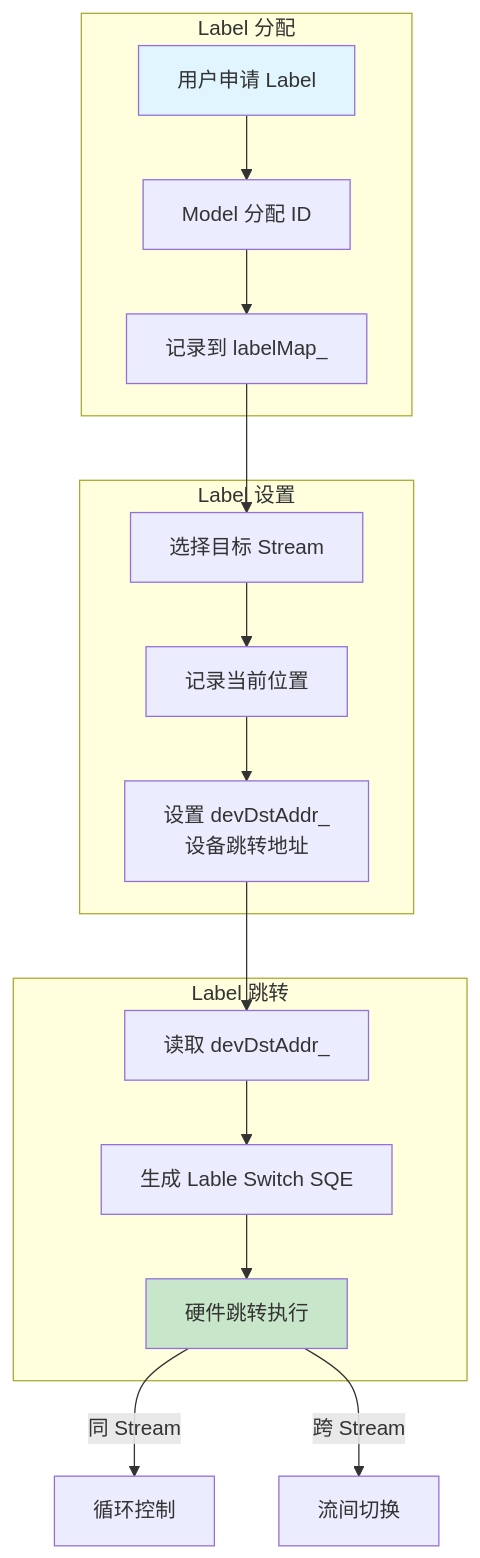
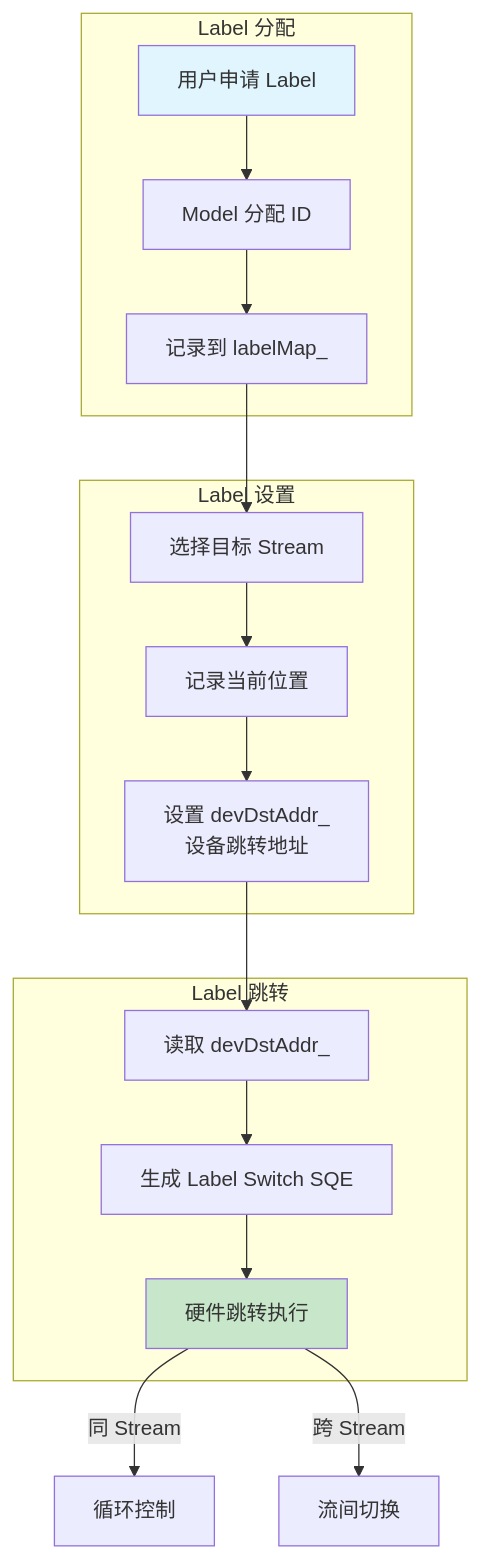
One commit to 18liumin/runtime changed diagram 20 of 21 in docs/zh/design/modules/model/model.md. Above: the diagram before and after it, drawn with Mermaid. The commit also changed 1 other file, not shown here.

Commit message:
docs: 修正设计文档中的拼写和文字错误

# message auto-generated for no-merge-commit merge:
!4058 merge docs/fix-design-text-errors into master

docs: 修正设计文档中的拼写和文字错误

Description: # Pull Request

## 描述

修正 `docs/zh/design/` 目录中 5 处可明确判断的文字错误：

1. 修正 Task 模块文档中的 `TaskFatory` 拼写错误。
2. 删除“任务下发的等接口”中多余的“的”。
3. 修正“sqe组组装”中重复的“组”。
4. 修正 Model 流程图中的 `Lable Switch SQE` 拼写错误。
5. 修正关键文件索引中的 `Model Maintaince Task` 拼写错误。

本次仅修改文档文字，不修改源码、日志、接口或功能逻辑；源码中的既有标识符和文件名保持不变。

## 变更类型

- [ ] 🐛 Bug 修复
- [ ] ✨ 新功能
- [ ] 💄 代码风格更新（格式化，局部变量）
- [ ] ♻️ 重构（既不修复错误也不增加功能的代码变动）
- [ ] 📦 构建过程或辅助工具的变动
- [x] 📝 文档内容更新

## 关联的Issue

无

## 如何测试

1. 执行 `git diff --check upstream/master...HEAD`，检查通过。
2. 检索修改前的 5 处错误文本，确认均已修正。
3. 人工检查 Mermaid 图表标签和文档表格，确认语法结构未改变。

## 核对清单

- [x] 我的代码遵循了项目的代码风格
- [x] 我已对代码进行了自测
- [x] 我已更新了相关的文档
- [x] 我在标题中使用了合适的类型标签（如：`feat:`, `fix:`）
- [x] 我已经详细阅读了贡献指南（CONTRIBUTING.md），并遵守了其中的所有规定，包括但不限于commit message的格式、无效commit的合并等

## 其他信息

本 PR 已与当前 Open PR 查重，不包含仍在 #3974 中修正的 `memory.md` 内容。

See merge request: cann/runtime!4058

````diff
--- a/docs/zh/design/modules/model/model.md
+++ b/docs/zh/design/modules/model/model.md
@@ -1023,31 +1023,31 @@
 ```mermaid
 graph TB
     subgraph LabelAlloc["Label 分配"]
         Request["用户申请 Label"]
         Alloc["Model 分配 ID"]
         Record["记录到 labelMap_"]
     end
     
     subgraph LabelSet["Label 设置"]
         ChooseStream["选择目标 Stream"]
         RecordPos["记录当前位置"]
         DevAddr["设置 devDstAddr_<br/>设备跳转地址"]
     end
     
     subgraph LabelGoto["Label 跳转"]
         GetAddr["读取 devDstAddr_"]
-        GenSQE["生成 Lable Switch SQE"]
+        GenSQE["生成 Label Switch SQE"]
         HWJump["硬件跳转执行"]
     end
     
     Request --> Alloc --> Record
     Record --> ChooseStream --> RecordPos --> DevAddr
     
     DevAddr --> GetAddr --> GenSQE --> HWJump
     
     HWJump -->|"同 Stream"| Loop["循环控制"]
     HWJump -->|"跨 Stream"| Switch["流间切换"]
     
     style Request fill:#e1f5ff
     style HWJump fill:#c8e6c9
 ```
````
